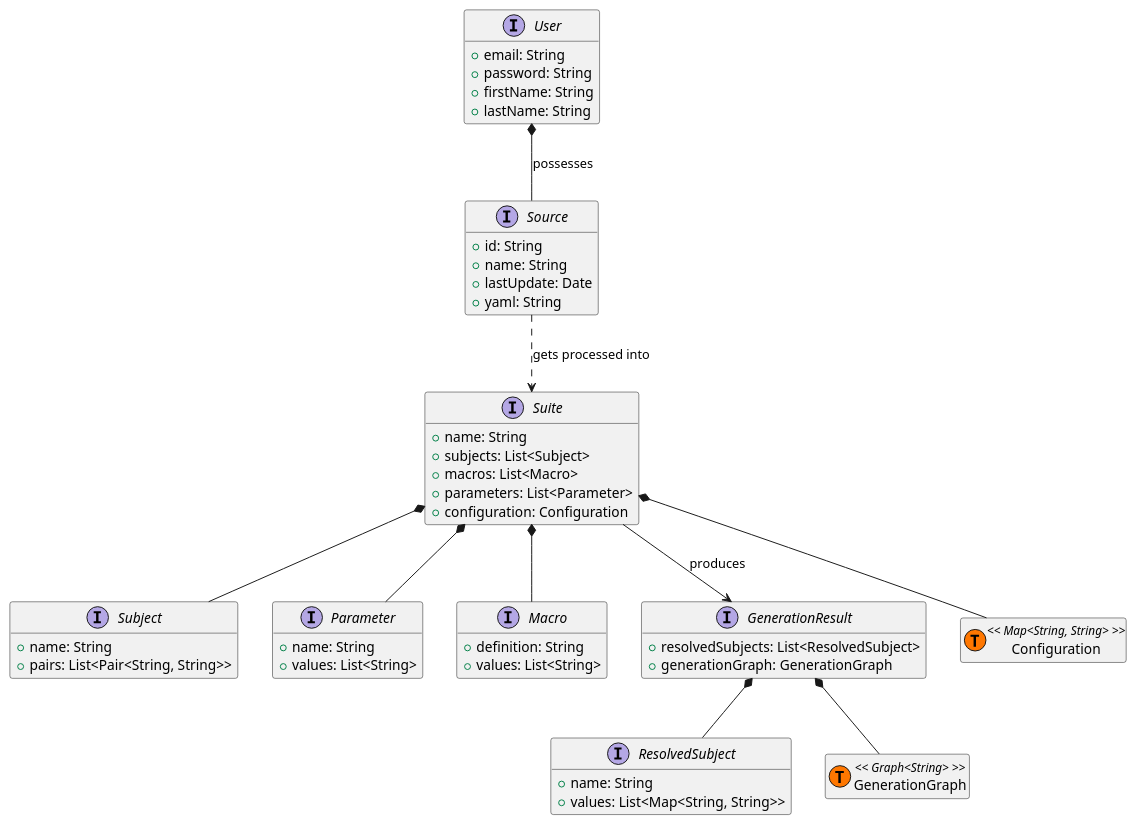
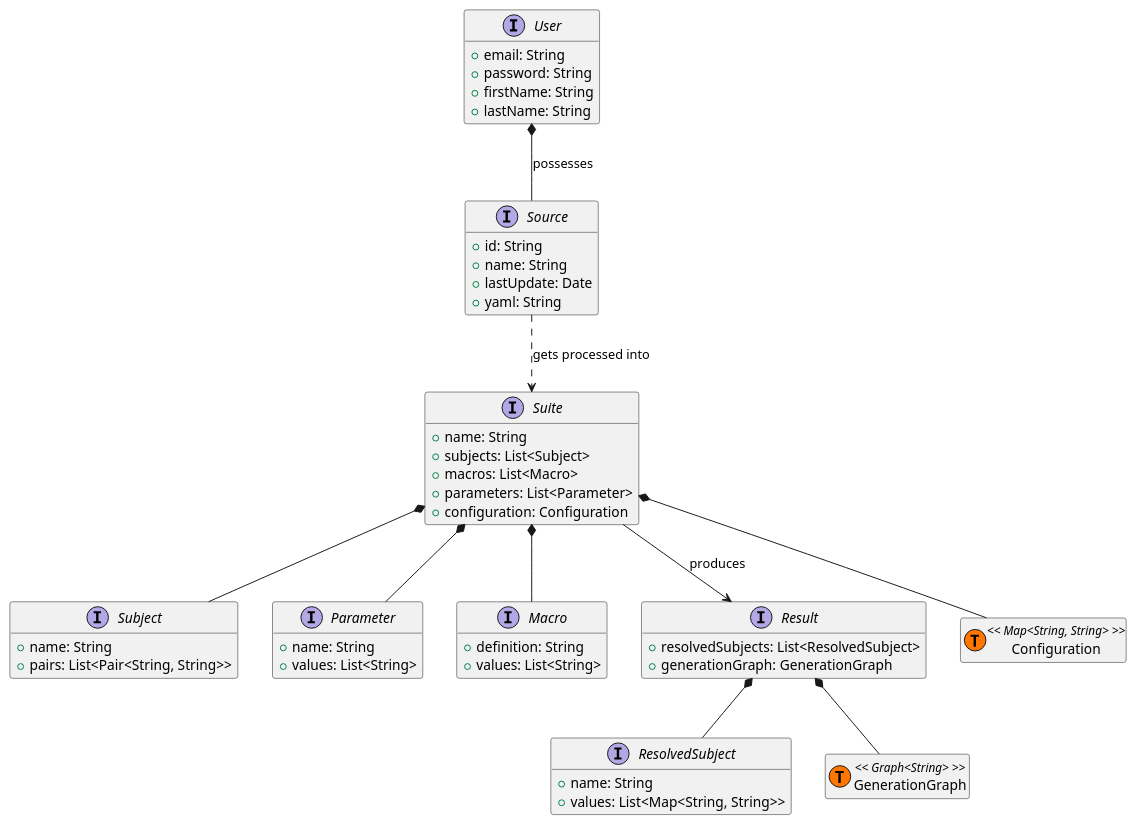
Before and after one commit to mini-roostico/subjekt-doc: the eighth of 8 diagrams in Writerside/topics/Domain-Driven-Design.md, drawn with PlantUML. The commit also changed other lines of this file, not shown here.

````diff
--- a/Writerside/topics/Domain-Driven-Design.md
+++ b/Writerside/topics/Domain-Driven-Design.md
@@ -542,59 +542,59 @@
 ```plantuml
 @startuml
 hide empty members
 interface User {
     + email: String
     + password: String
     + firstName: String
     + lastName: String
 }
 interface Suite {
     + name: String
     + subjects: List<Subject>
     + macros: List<Macro>
     + parameters: List<Parameter>
     + configuration: Configuration
 }
 interface Source {
     + id: String
     + name: String
     + lastUpdate: Date
     + yaml: String
 }
 
 interface Subject {
     + name: String
     + pairs: List<Pair<String, String>>
 }
 
 interface Parameter {
     + name: String
     + values: List<String>
 }
 interface Macro {
     + definition: String
     + values: List<String>
 }
-interface GenerationResult {
+interface Result {
     + resolvedSubjects: List<ResolvedSubject>
     + generationGraph: GenerationGraph
 }
 interface ResolvedSubject {
     + name: String
     + values: List<Map<String, String>>
 }
 class GenerationGraph << (T,#FF7700) Graph<String> >>
 class Configuration << (T,#FF7700) Map<String, String> >>
 
 User *-- Source : "possesses"
 Source ..> Suite : "gets processed into"
 Suite *-- Subject
 Suite *-- Parameter
 Suite *-- Macro
 Suite *-- Configuration
-GenerationResult *-- ResolvedSubject
-GenerationResult *-- GenerationGraph
+Result *-- ResolvedSubject
+Result *-- GenerationGraph
 
-Suite --> GenerationResult : "produces"
+Suite --> Result : "produces"
 @enduml
 ```
````
